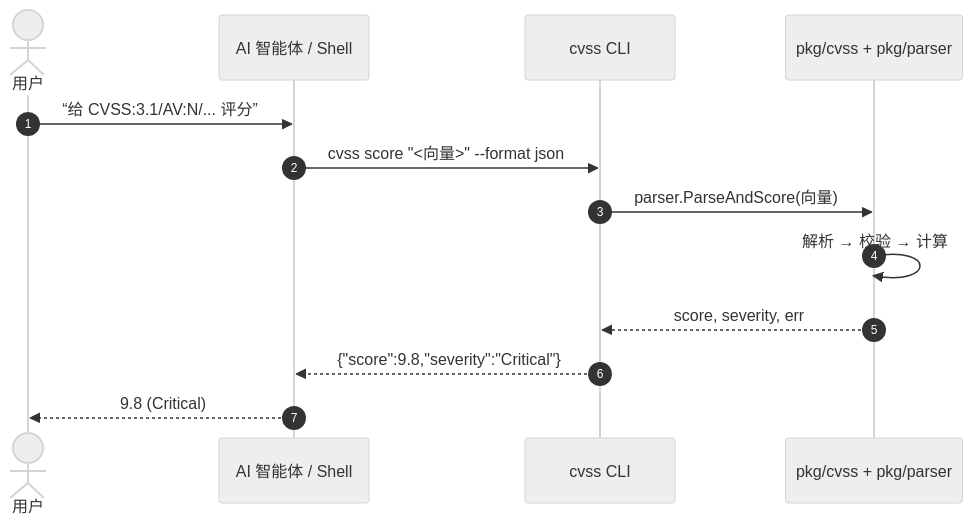
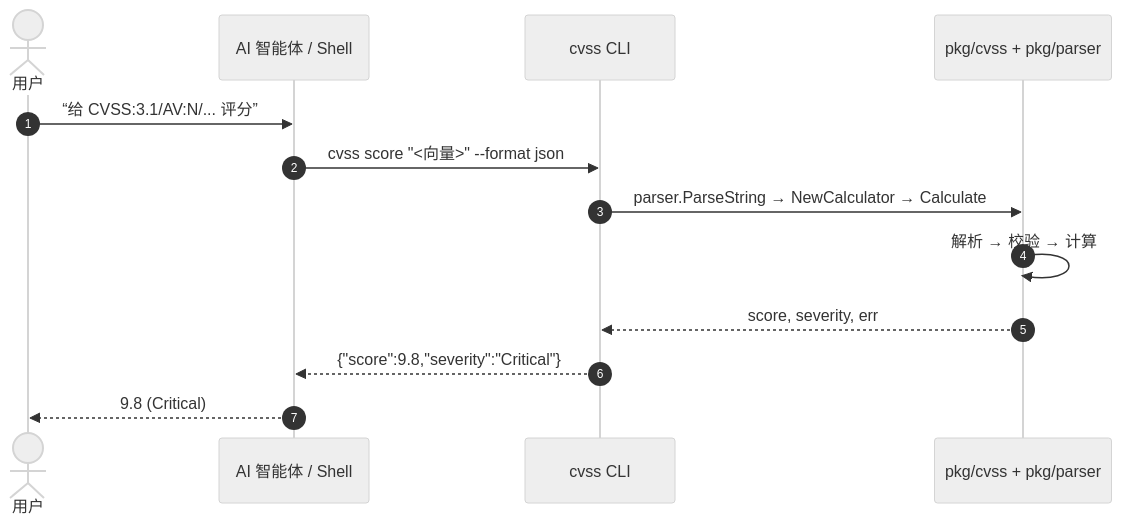
The second of 2 diagrams in website/zh/integration.md (scagogogo/cvss-skills), drawn with Mermaid (neutral theme) before and after one commit. The commit also changed 1 other file, not shown here.

Commit message:
docs: fix sequence diagram — CLI uses ParseString+Calculator, not ParseAndScore
The "How the Surfaces Relate" sequence diagram showed the CLI calling
parser.ParseAndScore(vector). But the cvss score command (cmd/cvss-cli/
score.go) actually calls parser.ParseString + cvss.NewCalculator + calc.
Calculate — ParseAndScore is the SDK convenience wrapper, not what the
CLI runs. Corrected the diagram arrow to reflect the real call chain.
Applied to both website/integration.md and website/zh/integration.md.

````diff
--- a/website/zh/integration.md
+++ b/website/zh/integration.md
@@ -51,15 +51,15 @@
 ```mermaid
 sequenceDiagram
     autonumber
     actor User as 用户
     participant Agent as AI 智能体 / Shell
     participant CLI as cvss CLI
     participant Core as pkg/cvss + pkg/parser
     User->>Agent: “给 CVSS:3.1/AV:N/... 评分”
     Agent->>CLI: cvss score "<向量>" --format json
-    CLI->>Core: parser.ParseAndScore(向量)
+    CLI->>Core: parser.ParseString → NewCalculator → Calculate
     Core->>Core: 解析 → 校验 → 计算
     Core-->>CLI: score, severity, err
     CLI-->>Agent: {"score":9.8,"severity":"Critical"}
     Agent-->>User: 9.8 (Critical)
 ```
````
